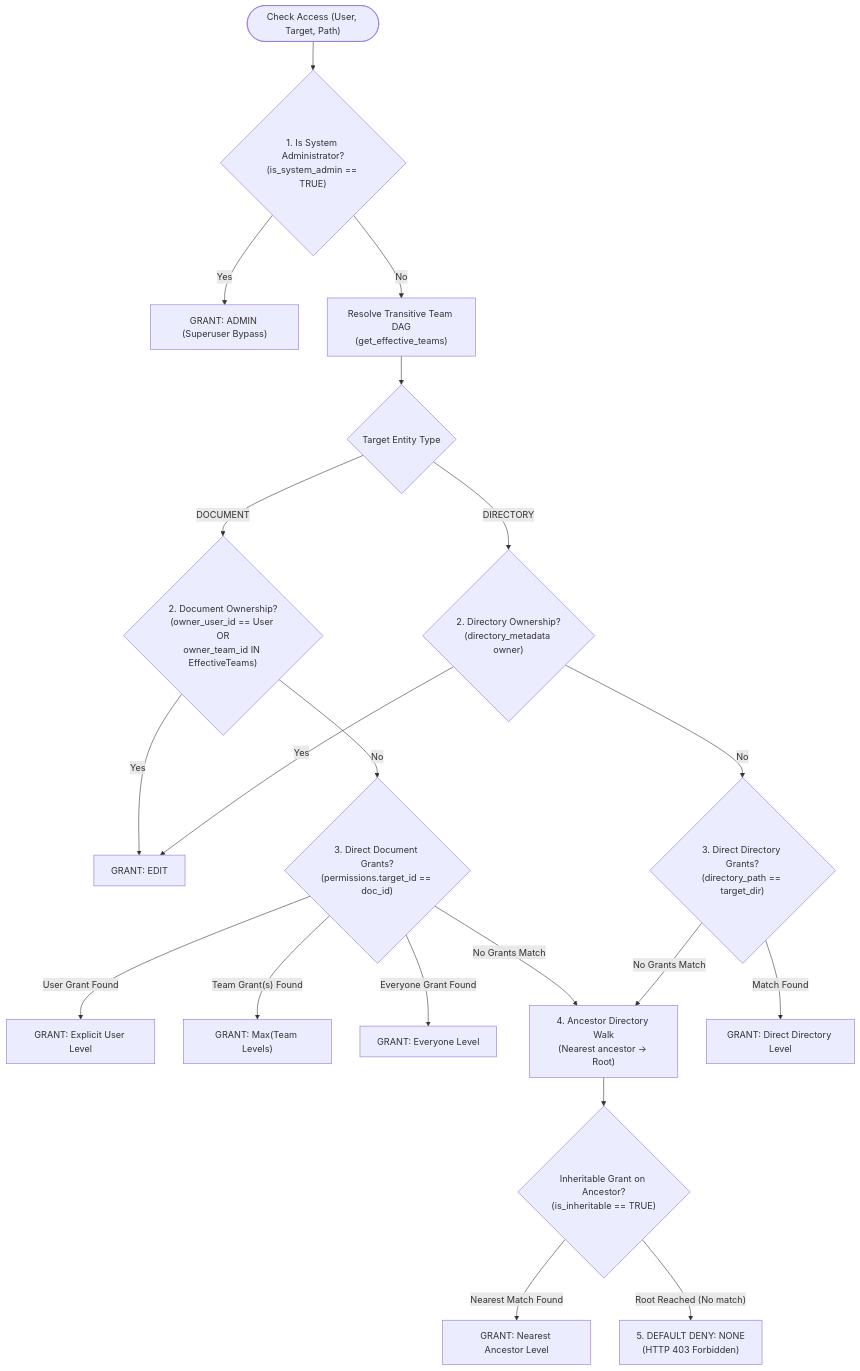
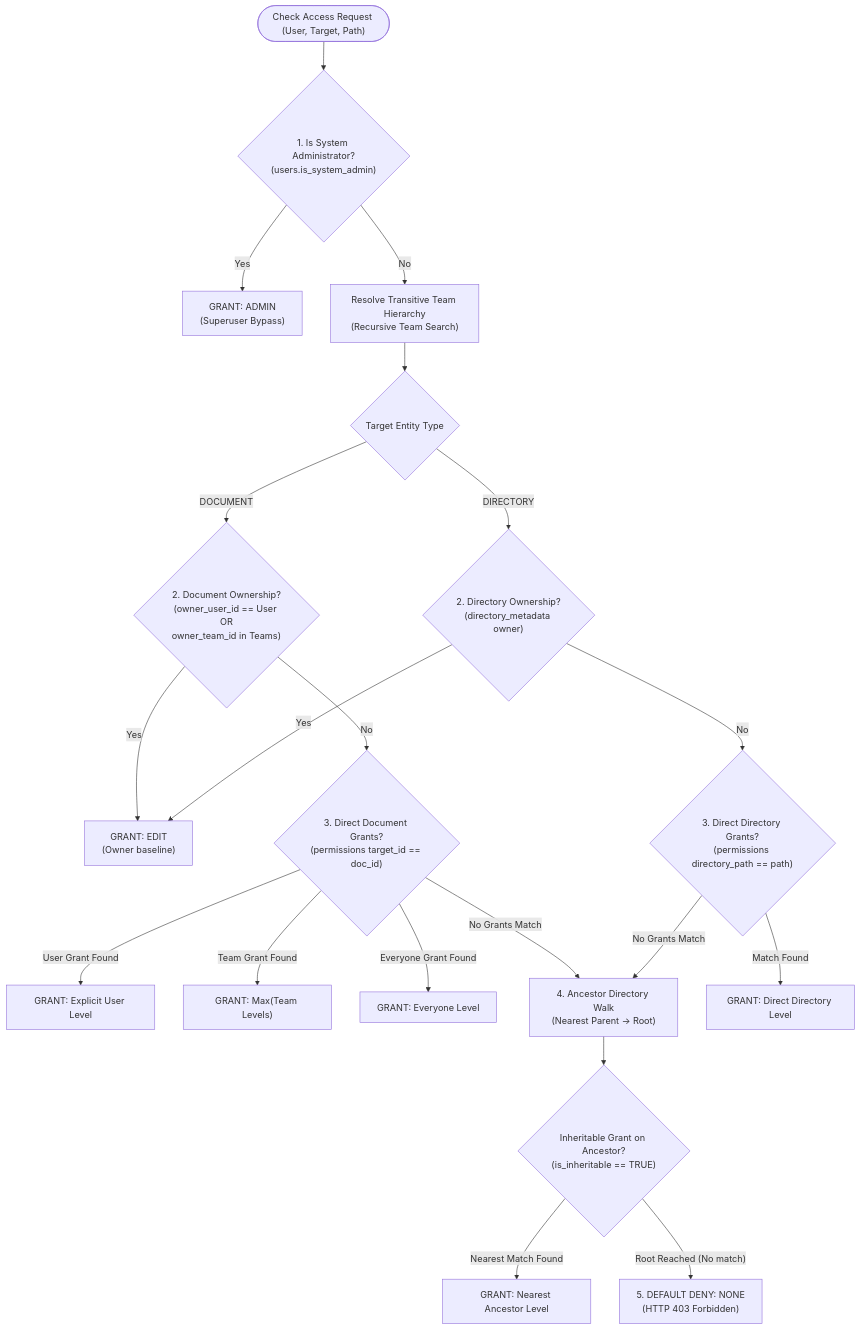
The third of 4 diagrams in docs/Access Controls.md (paulo-casanova/collaborative-markdown-editor), drawn with Mermaid before and after one commit. The commit also changed other lines of this file, not shown here.

Commit message:
docs: restructure Access Controls.md into non-technical user guide and technical system reference

````diff
--- a/docs/Access Controls.md
+++ b/docs/Access Controls.md
@@ -142,28 +155,28 @@
 ```mermaid
 flowchart TD
-    Start(["Check Access (User, Target, Path)"]) --> Step1{"1. Is System Administrator?<br/>(is_system_admin == TRUE)"}
-    Step1 -- Yes --> ResAdmin["GRANT: ADMIN (Superuser Bypass)"]
-    Step1 -- No --> Step2["Resolve Transitive Team DAG<br/>(get_effective_teams)"]
+    Start(["Check Access Request (User, Target, Path)"]) --> Step1{"1. Is System Administrator?<br/>(users.is_system_admin)"}
+    Step1 -- Yes --> ResAdmin["GRANT: ADMIN<br/>(Superuser Bypass)"]
+    Step1 -- No --> Step2["Resolve Transitive Team Hierarchy<br/>(Recursive Team Search)"]
 
     Step2 --> TargetType{"Target Entity Type"}
 
-    TargetType -- DOCUMENT --> DocOwner{"2. Document Ownership?<br/>(owner_user_id == User OR<br/>owner_team_id IN EffectiveTeams)"}
-    DocOwner -- Yes --> ResOwnerEdit["GRANT: EDIT"]
-    DocOwner -- No --> DocACL{"3. Direct Document Grants?<br/>(permissions.target_id == doc_id)"}
+    TargetType -- DOCUMENT --> DocOwner{"2. Document Ownership?<br/>(owner_user_id == User OR<br/>owner_team_id in Teams)"}
+    DocOwner -- Yes --> ResOwnerEdit["GRANT: EDIT<br/>(Owner baseline)"]
+    DocOwner -- No --> DocACL{"3. Direct Document Grants?<br/>(permissions target_id == doc_id)"}
 
     DocACL -- User Grant Found --> ResDocUser["GRANT: Explicit User Level"]
-    DocACL -- Team Grant(s) Found --> ResDocTeam["GRANT: Max(Team Levels)"]
+    DocACL -- Team Grant Found --> ResDocTeam["GRANT: Max(Team Levels)"]
     DocACL -- Everyone Grant Found --> ResDocEveryone["GRANT: Everyone Level"]
-    DocACL -- No Grants Match --> DirWalk["4. Ancestor Directory Walk<br/>(Nearest ancestor -> Root)"]
+    DocACL -- No Grants Match --> DirWalk["4. Ancestor Directory Walk<br/>(Nearest Parent -> Root)"]
 
     TargetType -- DIRECTORY --> DirOwner{"2. Directory Ownership?<br/>(directory_metadata owner)"}
     DirOwner -- Yes --> ResOwnerEdit
-    DirOwner -- No --> DirACL{"3. Direct Directory Grants?<br/>(directory_path == target_dir)"}
+    DirOwner -- No --> DirACL{"3. Direct Directory Grants?<br/>(permissions directory_path == path)"}
 
     DirACL -- Match Found --> ResDirDirect["GRANT: Direct Directory Level"]
     DirACL -- No Grants Match --> DirWalk
 
     DirWalk --> AncestorCheck{"Inheritable Grant on Ancestor?<br/>(is_inheritable == TRUE)"}
     AncestorCheck -- Nearest Match Found --> ResInherited["GRANT: Nearest Ancestor Level"]
     AncestorCheck -- Root Reached (No match) --> DefaultDeny["5. DEFAULT DENY: NONE<br/>(HTTP 403 Forbidden)"]
 ```
````
